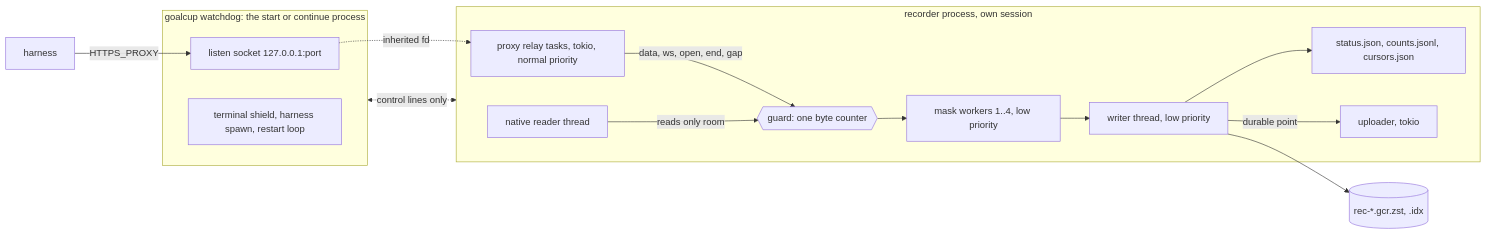
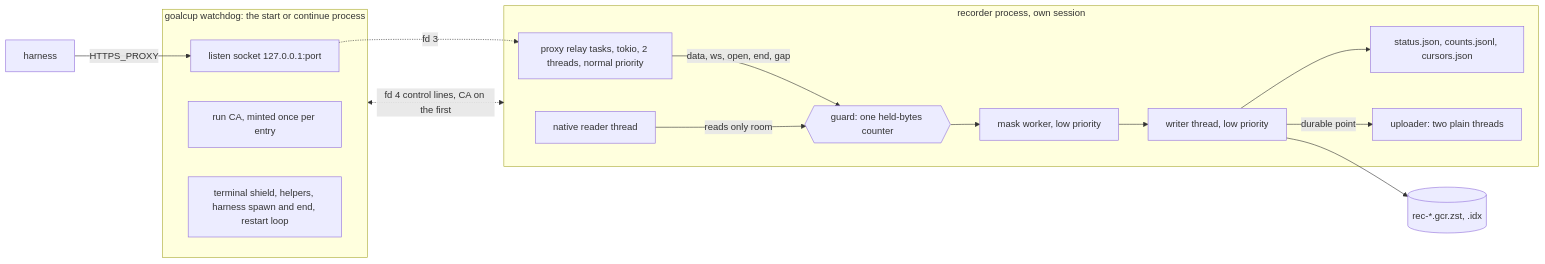
One commit to agentcommunity/goal-cup-proxy changed the diagram in docs/plans/2026-10-30-v1.0/PRD-02-recorder-core.md. Above: the diagram before and after it, drawn with Mermaid. The commit also changed other lines of this file and 17 other files, not shown here.

````diff
--- a/docs/plans/2026-10-30-v1.0/PRD-02-recorder-core.md
+++ b/docs/plans/2026-10-30-v1.0/PRD-02-recorder-core.md
@@ -64,24 +73,25 @@
 ```mermaid
 flowchart LR
   subgraph W[goalcup watchdog: the start or continue process]
     LS[listen socket 127.0.0.1:port]
-    SH[terminal shield, harness spawn, restart loop]
+    CA[run CA, minted once per entry]
+    SH[terminal shield, helpers, harness spawn and end, restart loop]
   end
   H[harness] -- HTTPS_PROXY --> LS
   subgraph R[recorder process, own session]
-    PX[proxy relay tasks, tokio, normal priority]
+    PX[proxy relay tasks, tokio, 2 threads, normal priority]
     NR[native reader thread]
-    G{{guard: one byte counter}}
-    MW[mask workers 1..4, low priority]
+    G{{guard: one held-bytes counter}}
+    MW[mask worker, low priority]
     WT[writer thread, low priority]
     ST[status.json, counts.jsonl, cursors.json]
-    UP[uploader, tokio]
+    UP[uploader: two plain threads]
   end
-  LS -. inherited fd .-> PX
+  LS -. fd 3 .-> PX
   PX -- data, ws, open, end, gap --> G
   NR -- reads only room --> G
   G --> MW --> WT --> PARTS[(rec-*.gcr.zst, .idx)]
   WT --> ST
   WT -- durable point --> UP
-  W <-. control lines only .-> R
+  W <-. fd 4 control lines, CA on the first .-> R
 ```
````
